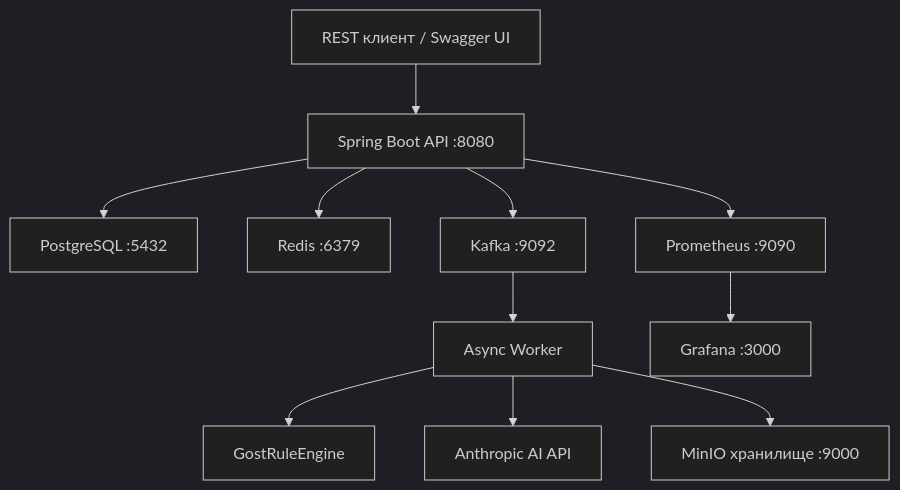
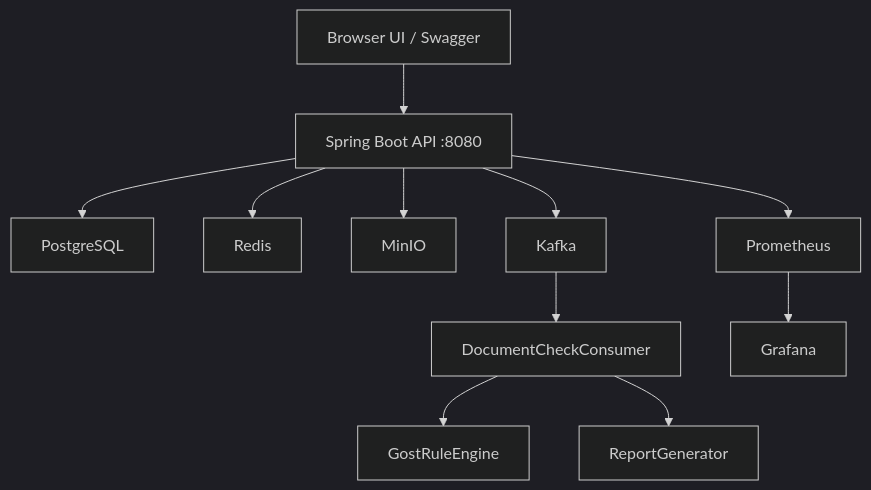
The diagram in README.md (ali2107-ss/javanorm), drawn with Mermaid (dark theme) before and after one commit. The commit also changed other lines of this file and 40 other files, not shown here.

````diff
--- a/README.md
+++ b/README.md
@@ -71,14 +33,13 @@
 ```mermaid
 graph TB
-  Client["REST клиент / Swagger UI"]
-  Client --> API["Spring Boot API :8080"]
-  API --> PG["PostgreSQL :5432"]
-  API --> Redis["Redis :6379"]
-  API --> Kafka["Kafka :9092"]
-  Kafka --> Worker["Async Worker"]
+  UI["Browser UI / Swagger"] --> API["Spring Boot API :8080"]
+  API --> PG["PostgreSQL"]
+  API --> Redis["Redis"]
+  API --> MinIO["MinIO"]
+  API --> Kafka["Kafka"]
+  Kafka --> Worker["DocumentCheckConsumer"]
   Worker --> Engine["GostRuleEngine"]
-  Worker --> AI["Anthropic AI API"]
-  Worker --> MinIO["MinIO хранилище :9000"]
-  API --> Prometheus["Prometheus :9090"]
-  Prometheus --> Grafana["Grafana :3000"]
+  Worker --> Reports["ReportGenerator"]
+  API --> Prom["Prometheus"]
+  Prom --> Grafana["Grafana"]
 ```
````
